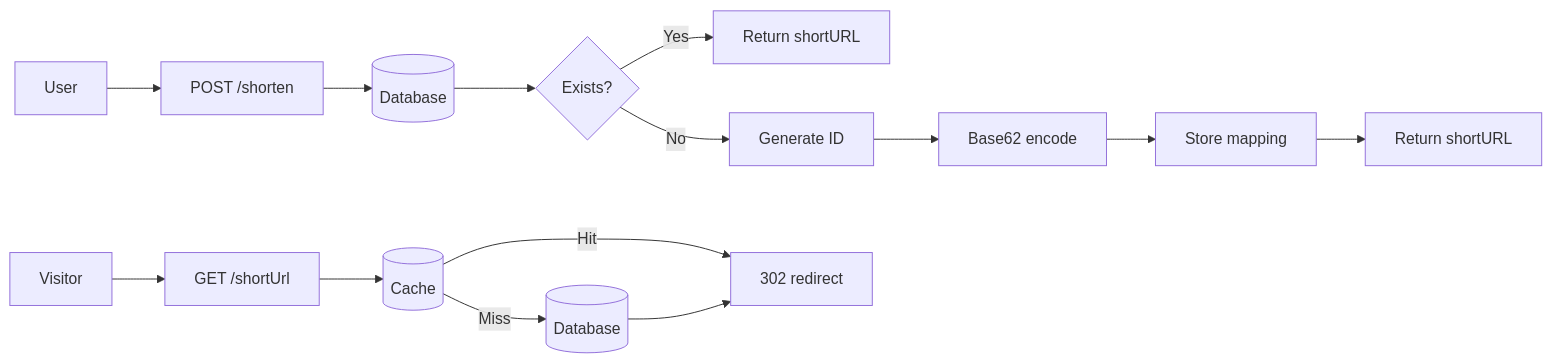
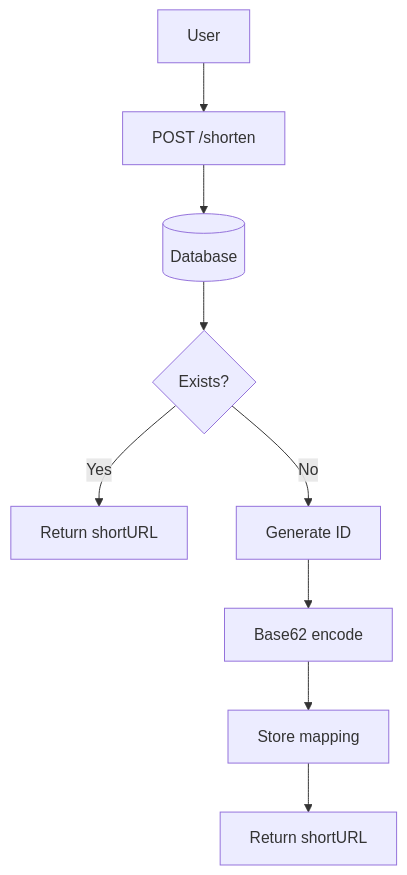
One commit to MasterBhuvnesh/bhuvii changed the first of 2 diagrams in src/content/system-design/url-shortener.md. Above: the diagram before and after it, drawn with Mermaid. The commit also changed other lines of this file, not shown here.

Commit message:
feat: publish full URL shortener article with diagrams

````diff
--- a/src/content/system-design/url-shortener.md
+++ b/src/content/system-design/url-shortener.md
@@ -61,16 +61,11 @@
 ```mermaid
-flowchart LR
+flowchart TB
     U[User] --> S[POST /shorten]
     S --> DB[(Database)]
     DB --> C{Exists?}
     C -->|Yes| R1[Return shortURL]
     C -->|No| G[Generate ID]
     G --> B[Base62 encode]
     B --> ST[Store mapping]
     ST --> R2[Return shortURL]
-    V[Visitor] --> L[GET /shortUrl]
-    L --> CA[(Cache)]
-    CA -->|Hit| RD[302 redirect]
-    CA -->|Miss| DB2[(Database)]
-    DB2 --> RD
 ```
````
